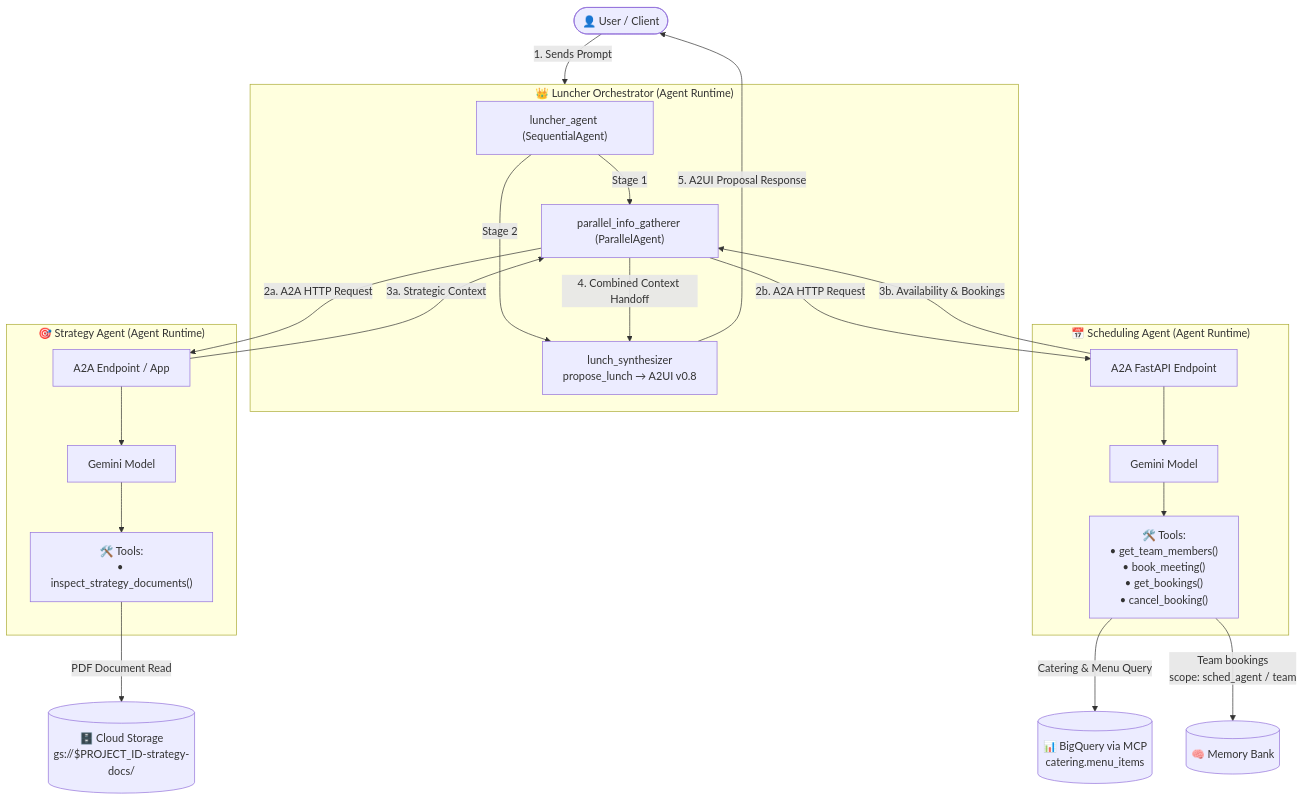
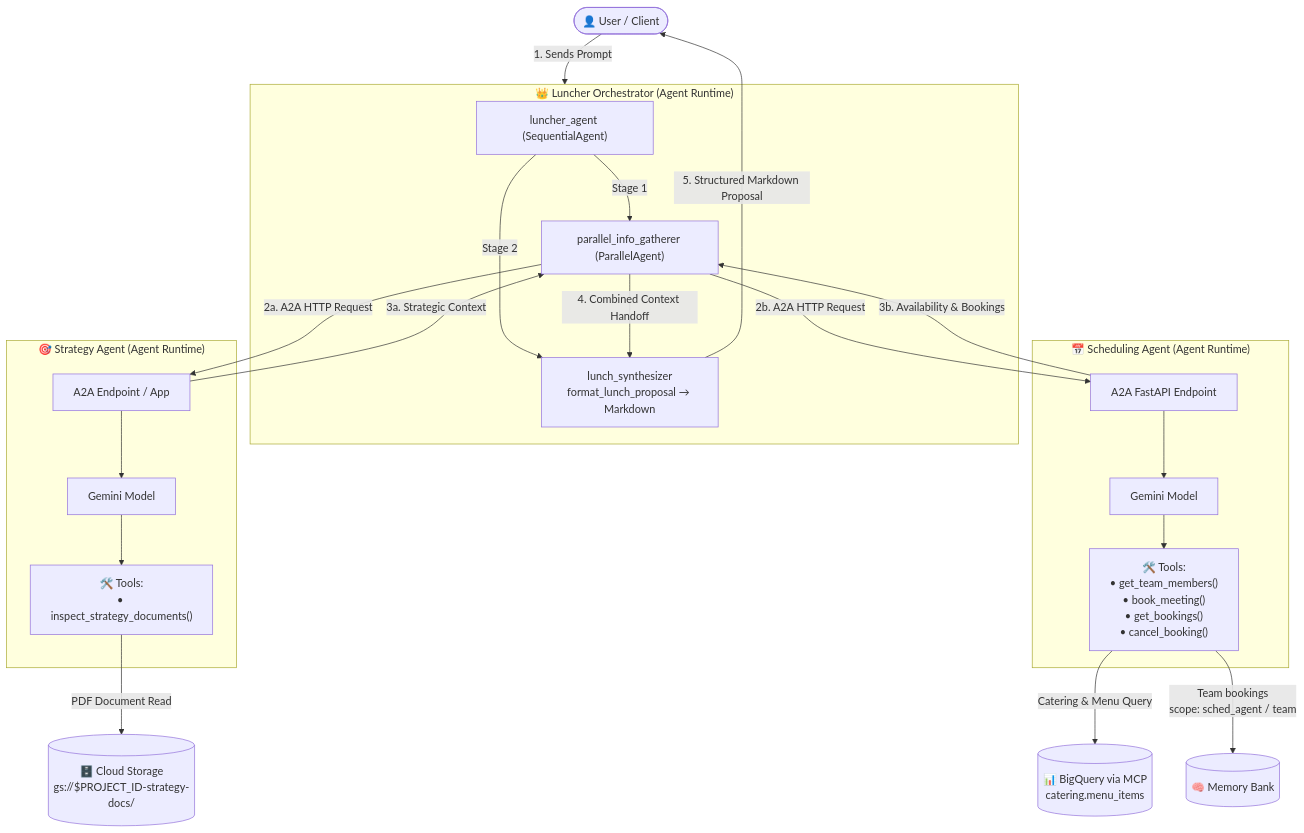
One commit to mbychkowski/luncher changed the diagram in README.md. Above: the diagram before and after it, drawn with Mermaid. The commit also changed other lines of this file and 28 other files, not shown here.

````diff
--- a/README.md
+++ b/README.md
@@ -39,46 +39,46 @@
 ```mermaid
 graph TD
     User(["👤 User / Client"]) -->|1. Sends Prompt| LuncherProcess
 
     subgraph LuncherProcess ["👑 Luncher Orchestrator (Agent Runtime)"]
         LuncherSeq["luncher_agent (SequentialAgent)"]
         ParallelGatherer["parallel_info_gatherer (ParallelAgent)"]
-        Synthesizer["lunch_synthesizer<br/>propose_lunch → A2UI v0.8"]
+        Synthesizer["lunch_synthesizer<br/>format_lunch_proposal → Markdown"]
 
         LuncherSeq -->|Stage 1| ParallelGatherer
         LuncherSeq -->|Stage 2| Synthesizer
     end
 
     subgraph StrategyAgent ["🎯 Strategy Agent (Agent Runtime)"]
         StratA2A["A2A Endpoint / App"]
         StratLLM["Gemini Model"]
         StratTools["🛠️ Tools:<br/>• inspect_strategy_documents()"]
         StratA2A --> StratLLM
         StratLLM --> StratTools
     end
 
     subgraph SchedAgent ["📅 Scheduling Agent (Agent Runtime)"]
         SchedA2A["A2A FastAPI Endpoint"]
         SchedLLM["Gemini Model"]
         SchedTools["🛠️ Tools:<br/>• get_team_members()<br/>• book_meeting()<br/>• get_bookings()<br/>• cancel_booking()"]
         SchedA2A --> SchedLLM
         SchedLLM --> SchedTools
     end
 
     GCS[("🗄️ Cloud Storage<br/>gs://$PROJECT_ID-strategy-docs/")]
     BQ[("📊 BigQuery via MCP<br/>catering.menu_items")]
     MemBank[("🧠 Memory Bank")]
 
     ParallelGatherer -->|2a. A2A HTTP Request| StratA2A
     ParallelGatherer -->|2b. A2A HTTP Request| SchedA2A
 
     StratTools -->|PDF Document Read| GCS
     SchedTools -->|Catering & Menu Query| BQ
     SchedTools -->|Team bookings<br/>scope: sched_agent / team| MemBank
 
     StratA2A -->|3a. Strategic Context| ParallelGatherer
     SchedA2A -->|3b. Availability & Bookings| ParallelGatherer
 
     ParallelGatherer -->|4. Combined Context Handoff| Synthesizer
-    Synthesizer -->|5. A2UI Proposal Response| User
+    Synthesizer -->|5. Structured Markdown Proposal| User
 ```
````
